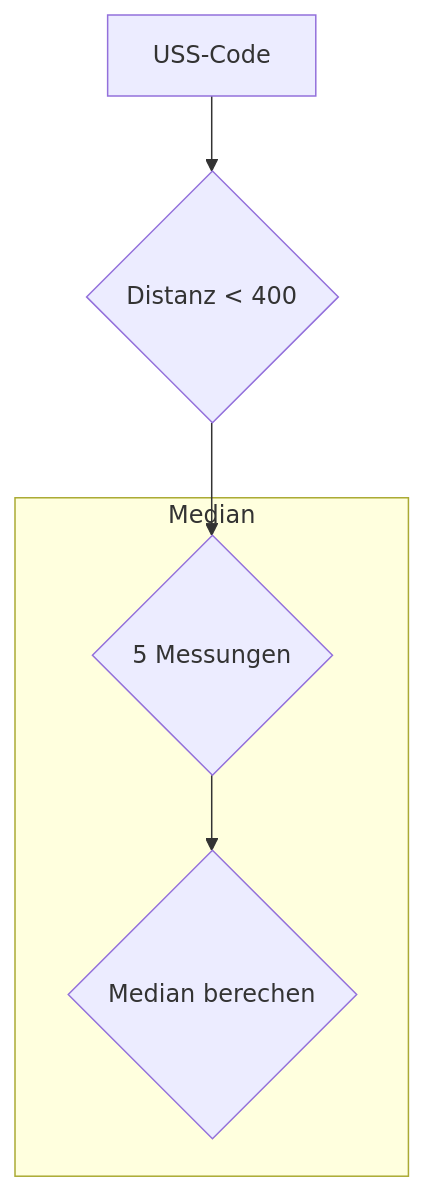
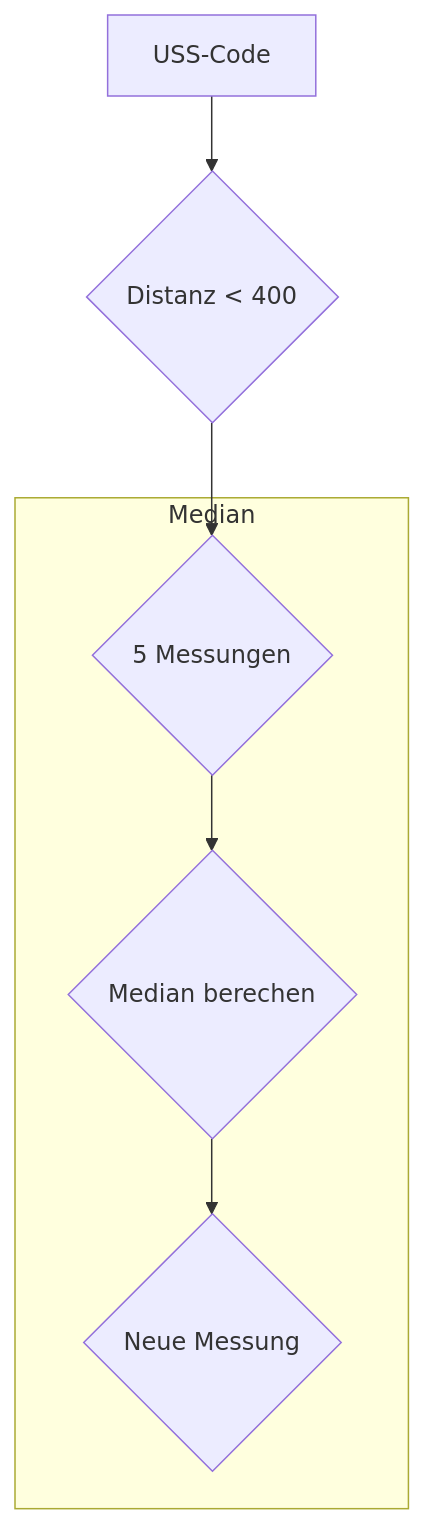
One commit to SchroedingersBit/PfortGTPanama changed the diagram in Programme/Eröffnungsrennen/README.md. Above: the diagram before and after it, drawn with Mermaid.

````diff
--- a/Programme/Eröffnungsrennen/README.md
+++ b/Programme/Eröffnungsrennen/README.md
@@ -5,8 +5,8 @@
 ```mermaid
 flowchart TB;
 USS-Code --> D{Distanz < 400} --> M{5 Messungen};
 subgraph Median
-M-->ME{Median berechen};
+M-->ME{Median berechen} -->N{Neue Messung};
 end
 
 ```
````
